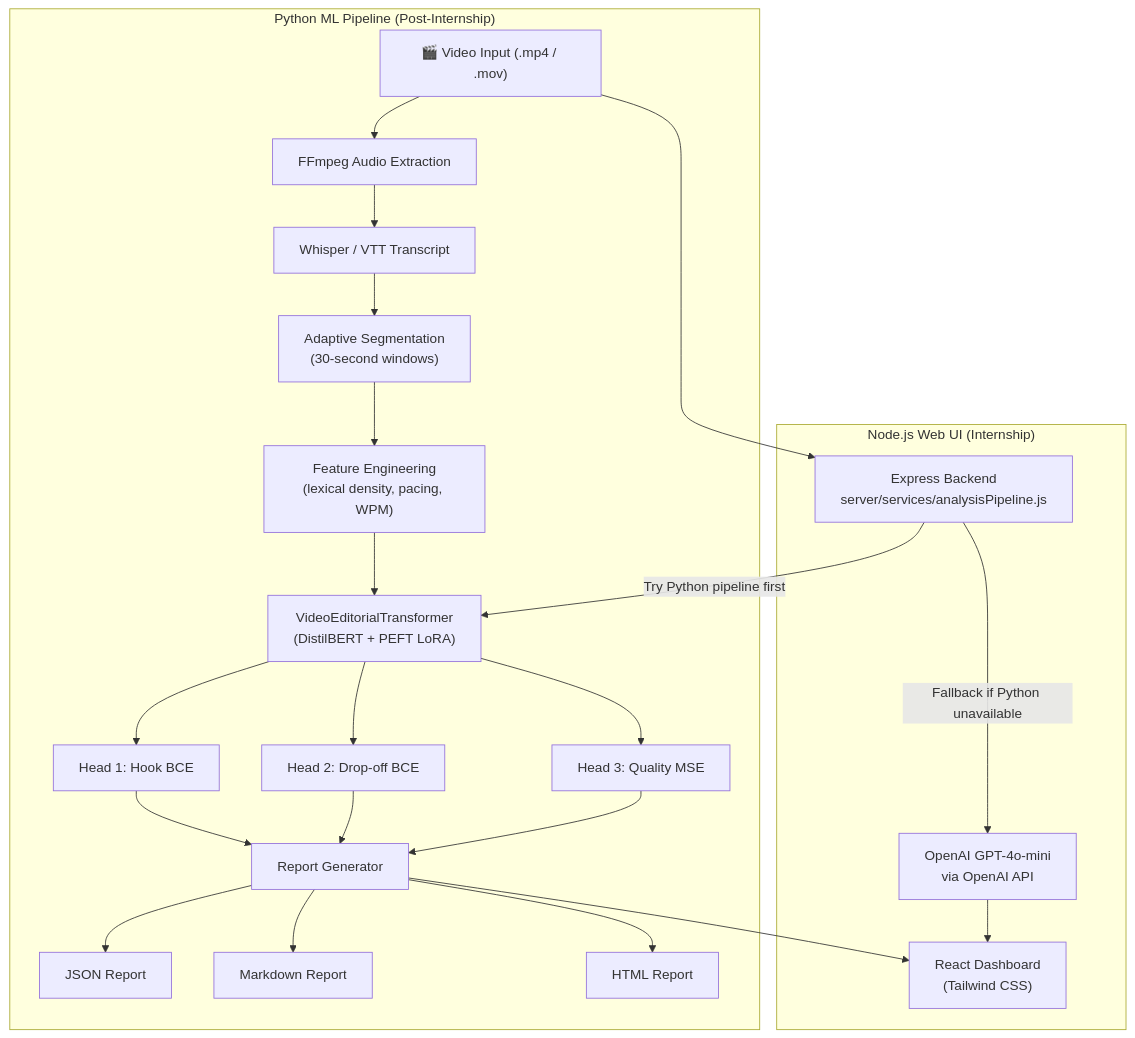
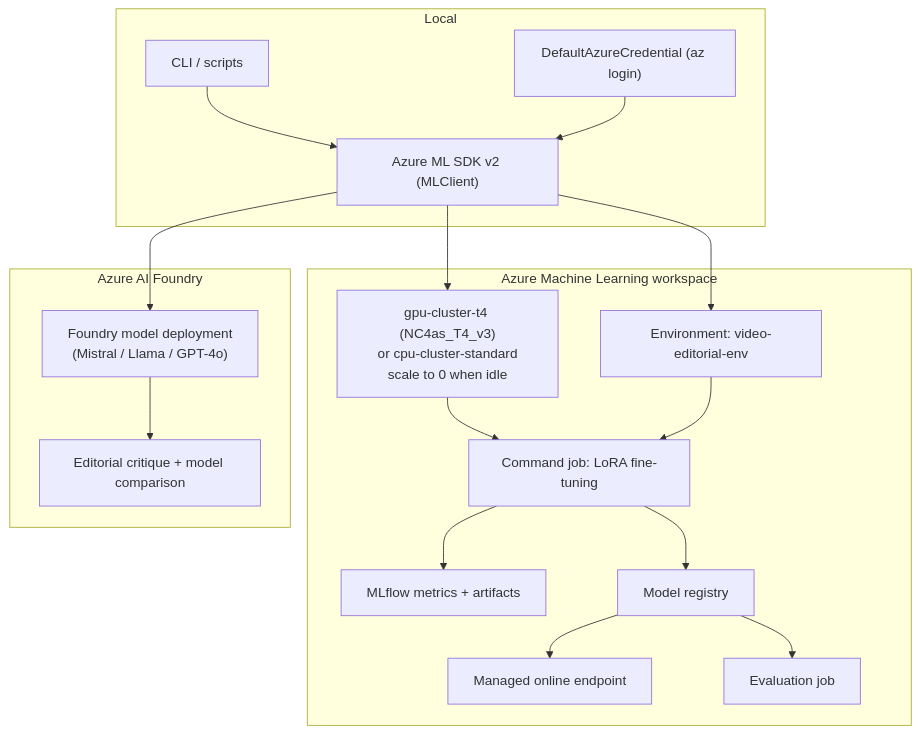
Before and after one commit to Nabilhassan12345/video-editorial-intelligence: the first of 2 diagrams in README.md, drawn with Mermaid. The commit also changed other lines of this file and 2 other files, not shown here.

Commit message:
Apache-2.0 LICENSE; rewrite README: trained vs ready-to-run status, v4 Kaggle GPU results, Azure AI Foundry + Azure ML up front

````diff
--- a/README.md
+++ b/README.md
@@ -41,29 +100,21 @@
 ```mermaid
 flowchart TD
-    A["🎬 Video Input (.mp4 / .mov)"]
-
-    subgraph "Python ML Pipeline (Post-Internship)"
-        A --> B["FFmpeg Audio Extraction"]
-        B --> C["Whisper / VTT Transcript"]
-        C --> D["Adaptive Segmentation\n(30-second windows)"]
-        D --> E["Feature Engineering\n(lexical density, pacing, WPM)"]
-        E --> F["VideoEditorialTransformer\n(DistilBERT + PEFT LoRA)"]
-        F --> G1["Head 1: Hook BCE"]
-        F --> G2["Head 2: Drop-off BCE"]
-        F --> G3["Head 3: Quality MSE"]
-        G1 --> H["Report Generator"]
-        G2 --> H
-        G3 --> H
-        H --> I1["JSON Report"]
-        H --> I2["Markdown Report"]
-        H --> I3["HTML Report"]
+    subgraph Local
+        A["CLI / scripts"] --> B["Azure ML SDK v2 (MLClient)"]
+        C["DefaultAzureCredential (az login)"] --> B
     end
-
-    subgraph "Node.js Web UI (Internship)"
-        A --> J["Express Backend\nserver/services/analysisPipeline.js"]
-        J -->|"Try Python pipeline first"| F
-        J -->|"Fallback if Python unavailable"| K["OpenAI GPT-4o-mini\nvia OpenAI API"]
-        K --> L["React Dashboard\n(Tailwind CSS)"]
-        H --> L
+    subgraph "Azure Machine Learning workspace"
+        B --> D["gpu-cluster-t4 (NC4as_T4_v3)\nor cpu-cluster-standard\nscale to 0 when idle"]
+        B --> E["Environment: video-editorial-env"]
+        D --> F["Command job: LoRA fine-tuning"]
+        E --> F
+        F --> G["MLflow metrics + artifacts"]
+        F --> H["Model registry"]
+        H --> I["Managed online endpoint"]
+        H --> J["Evaluation job"]
+    end
+    subgraph "Azure AI Foundry"
+        B --> K["Foundry model deployment\n(Mistral / Llama / GPT-4o)"]
+        K --> L["Editorial critique + model comparison"]
     end
 ```
````
